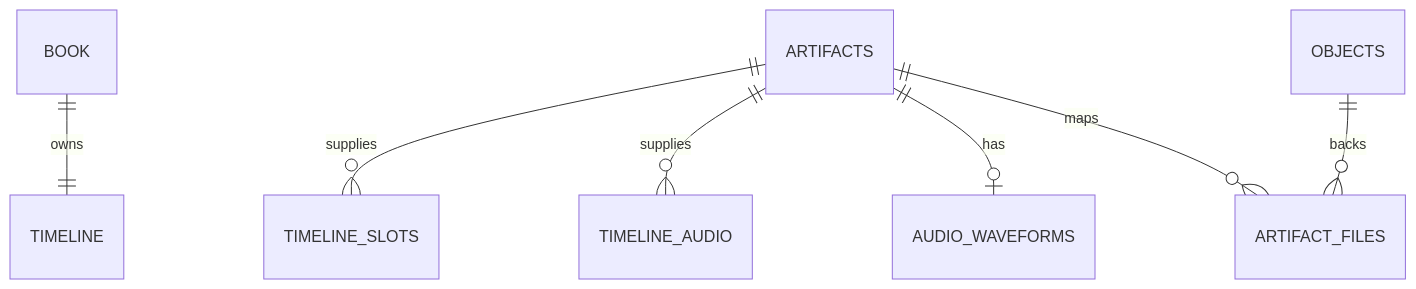
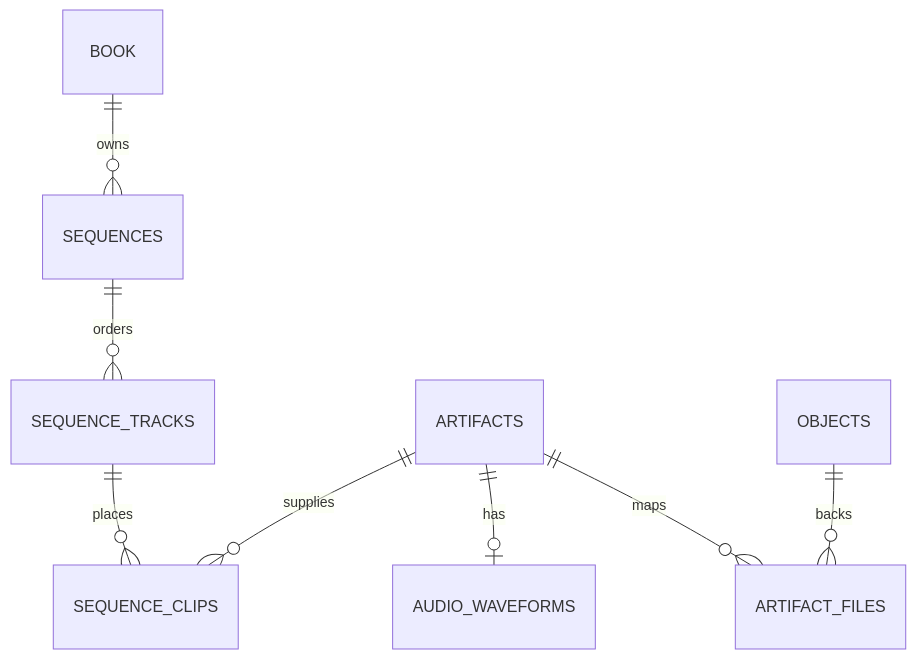
Before and after one commit to justintanner/videobook-engine: the second of 2 diagrams in docs/engine-layout.md, drawn with Mermaid. The commit also changed other lines of this file and 22 other files, not shown here.

First line of the commit message:
refactor: single sequence model and table-list-free restore

````diff
--- a/docs/engine-layout.md
+++ b/docs/engine-layout.md
@@ -133,9 +138,10 @@
 ```mermaid
 erDiagram
-  BOOK ||--|| TIMELINE : owns
-  ARTIFACTS ||--o{ TIMELINE_SLOTS : supplies
-  ARTIFACTS ||--o{ TIMELINE_AUDIO : supplies
+  BOOK ||--o{ SEQUENCES : owns
+  SEQUENCES ||--o{ SEQUENCE_TRACKS : orders
+  SEQUENCE_TRACKS ||--o{ SEQUENCE_CLIPS : places
+  ARTIFACTS ||--o{ SEQUENCE_CLIPS : supplies
   ARTIFACTS ||--o| AUDIO_WAVEFORMS : has
   ARTIFACTS ||--o{ ARTIFACT_FILES : maps
   OBJECTS ||--o{ ARTIFACT_FILES : backs
 ```
````
